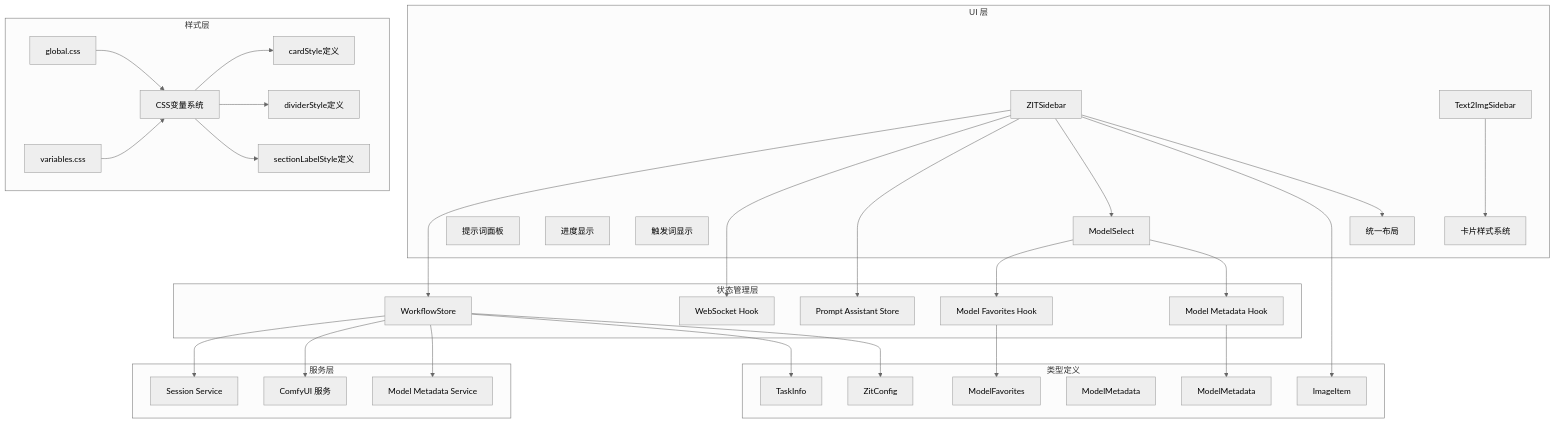
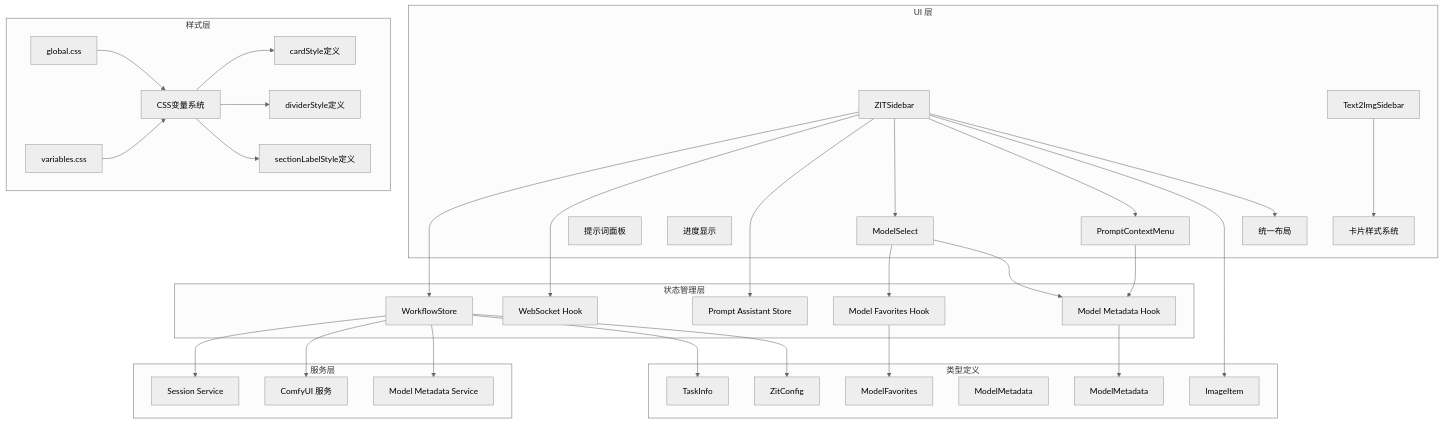
The ninth of 11 diagrams in .qoder/repowiki/zh/content/用户界面组件/控制面板组件/ZIT快出侧边栏.md (billye220670/CorineKit_Pix2Real), drawn with Mermaid (neutral theme) before and after one commit. The commit also changed other lines of this file and 4 other files, not shown here.

````diff
--- a/.qoder/repowiki/zh/content/用户界面组件/控制面板组件/ZIT快出侧边栏.md
+++ b/.qoder/repowiki/zh/content/用户界面组件/控制面板组件/ZIT快出侧边栏.md
@@ -440,62 +518,64 @@
 ```mermaid
 graph TB
 subgraph "UI 层"
 A[ZITSidebar]
 B[ModelSelect]
-C[提示词面板]
-D[进度显示]
-E[触发词显示]
+C[PromptContextMenu]
+D[提示词面板]
+E[进度显示]
 F[Text2ImgSidebar]
 G[卡片样式系统]
 H[统一布局]
 end
 subgraph "状态管理层"
 I[WorkflowStore]
 J[WebSocket Hook]
 K[Prompt Assistant Store]
 L[Model Favorites Hook]
 M[Model Metadata Hook]
 end
 subgraph "服务层"
 N[Session Service]
 O[ComfyUI 服务]
 P[Model Metadata Service]
 end
 subgraph "样式层"
 Q[global.css]
 R[variables.css]
 S[CSS变量系统]
 T[cardStyle定义]
 U[dividerStyle定义]
 V[sectionLabelStyle定义]
 end
 subgraph "类型定义"
 W[ImageItem]
 X[TaskInfo]
 Y[ZitConfig]
 Z[ModelMetadata]
 AA[ModelFavorites]
 AB[ModelMetadata]
 end
 A --> I
 A --> J
 A --> K
 A --> B
+A --> C
 B --> L
 B --> M
+C --> M
 I --> N
 I --> O
 I --> P
 A --> W
 I --> X
 I --> Y
 L --> AA
 M --> AB
 F --> G
 A --> H
 Q --> S
 R --> S
 S --> T
 S --> U
 S --> V
 ```
````
